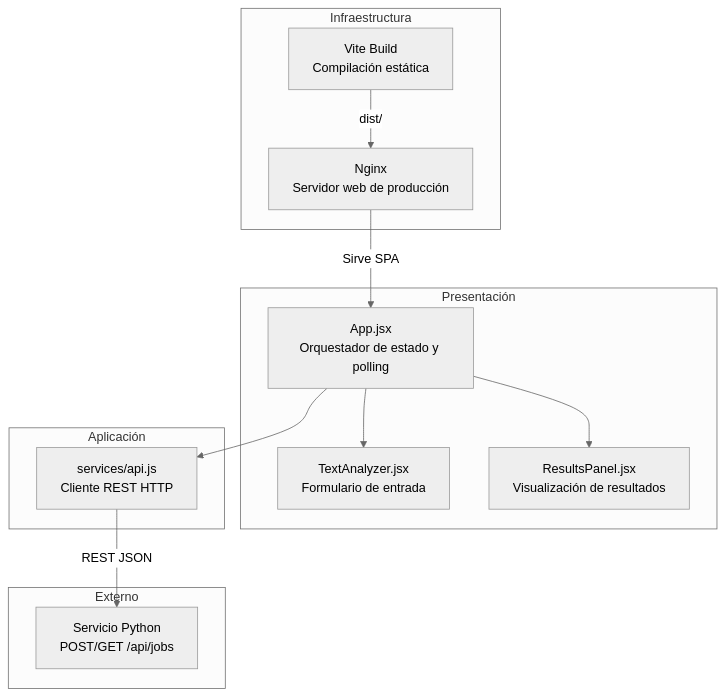
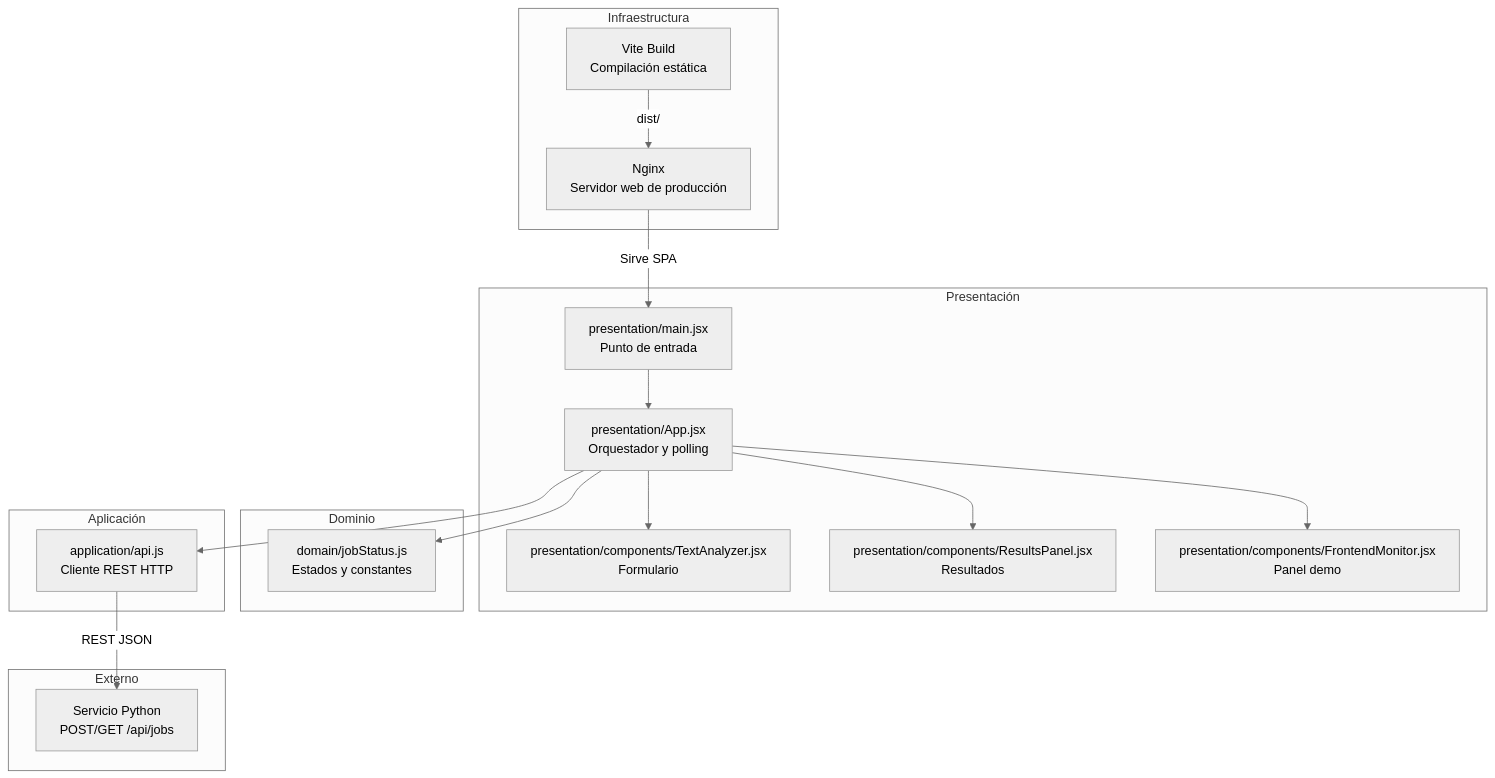
The diagram in docs/diagramas-capas/frontend-capas.md (allett29/analyticore), drawn with Mermaid (neutral theme) before and after one commit. The commit also changed other lines of this file and 39 other files, not shown here.

````diff
--- a/docs/diagramas-capas/frontend-capas.md
+++ b/docs/diagramas-capas/frontend-capas.md
@@ -5,28 +5,37 @@
 ```mermaid
 graph TB
     subgraph Presentación
-        APP[App.jsx<br/>Orquestador de estado y polling]
-        TA[TextAnalyzer.jsx<br/>Formulario de entrada]
-        RP[ResultsPanel.jsx<br/>Visualización de resultados]
+        MAIN[presentation/main.jsx<br/>Punto de entrada]
+        APP[presentation/App.jsx<br/>Orquestador y polling]
+        TA[presentation/components/TextAnalyzer.jsx<br/>Formulario]
+        RP[presentation/components/ResultsPanel.jsx<br/>Resultados]
+        FM[presentation/components/FrontendMonitor.jsx<br/>Panel demo]
+    end
+
+    subgraph Dominio
+        DOM[domain/jobStatus.js<br/>Estados y constantes]
     end
 
     subgraph Aplicación
-        API[services/api.js<br/>Cliente REST HTTP]
+        API[application/api.js<br/>Cliente REST HTTP]
     end
 
     subgraph Infraestructura
         NG[Nginx<br/>Servidor web de producción]
         VITE[Vite Build<br/>Compilación estática]
     end
 
     subgraph Externo
         PY[Servicio Python<br/>POST/GET /api/jobs]
     end
 
+    MAIN --> APP
     APP --> TA
     APP --> RP
+    APP --> FM
+    APP --> DOM
     APP --> API
     API -->|REST JSON| PY
     VITE -->|dist/| NG
-    NG -->|Sirve SPA| APP
+    NG -->|Sirve SPA| MAIN
 ```
````
